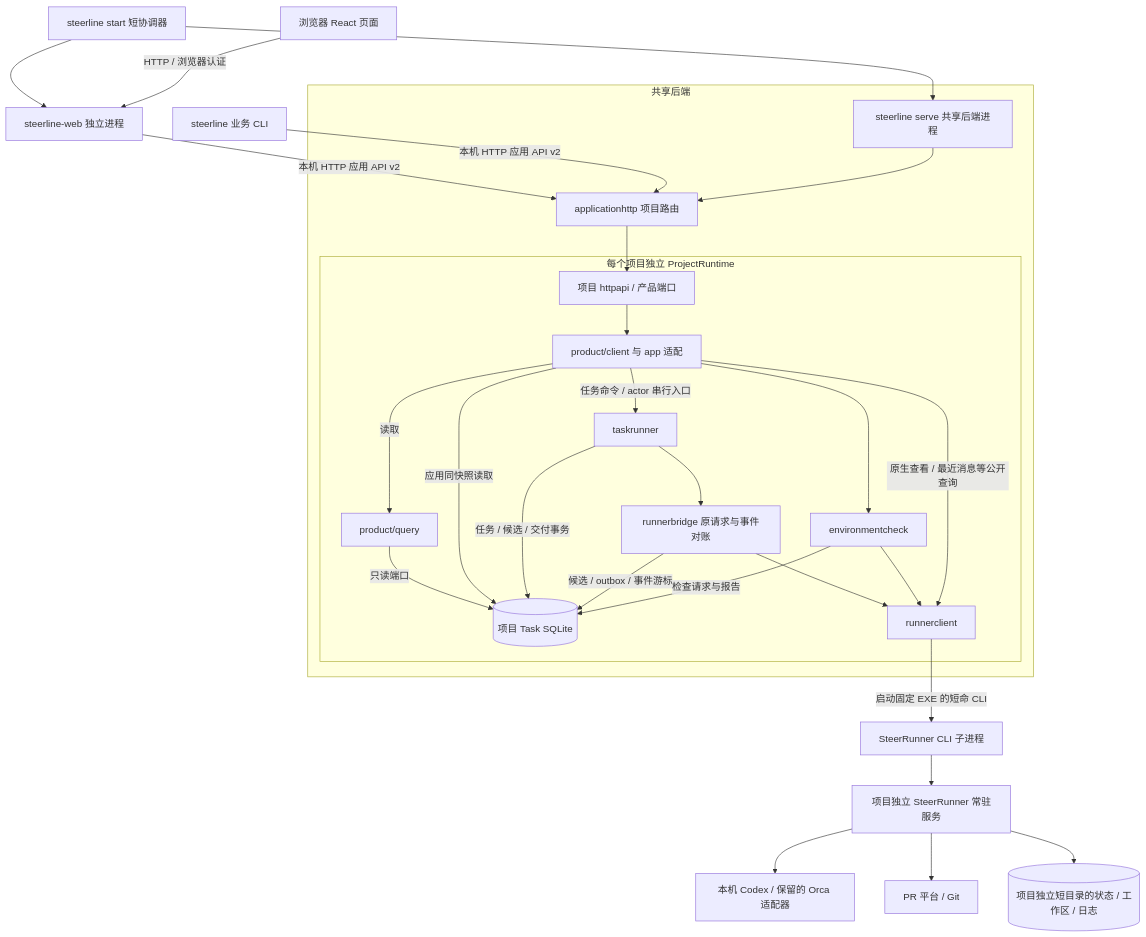
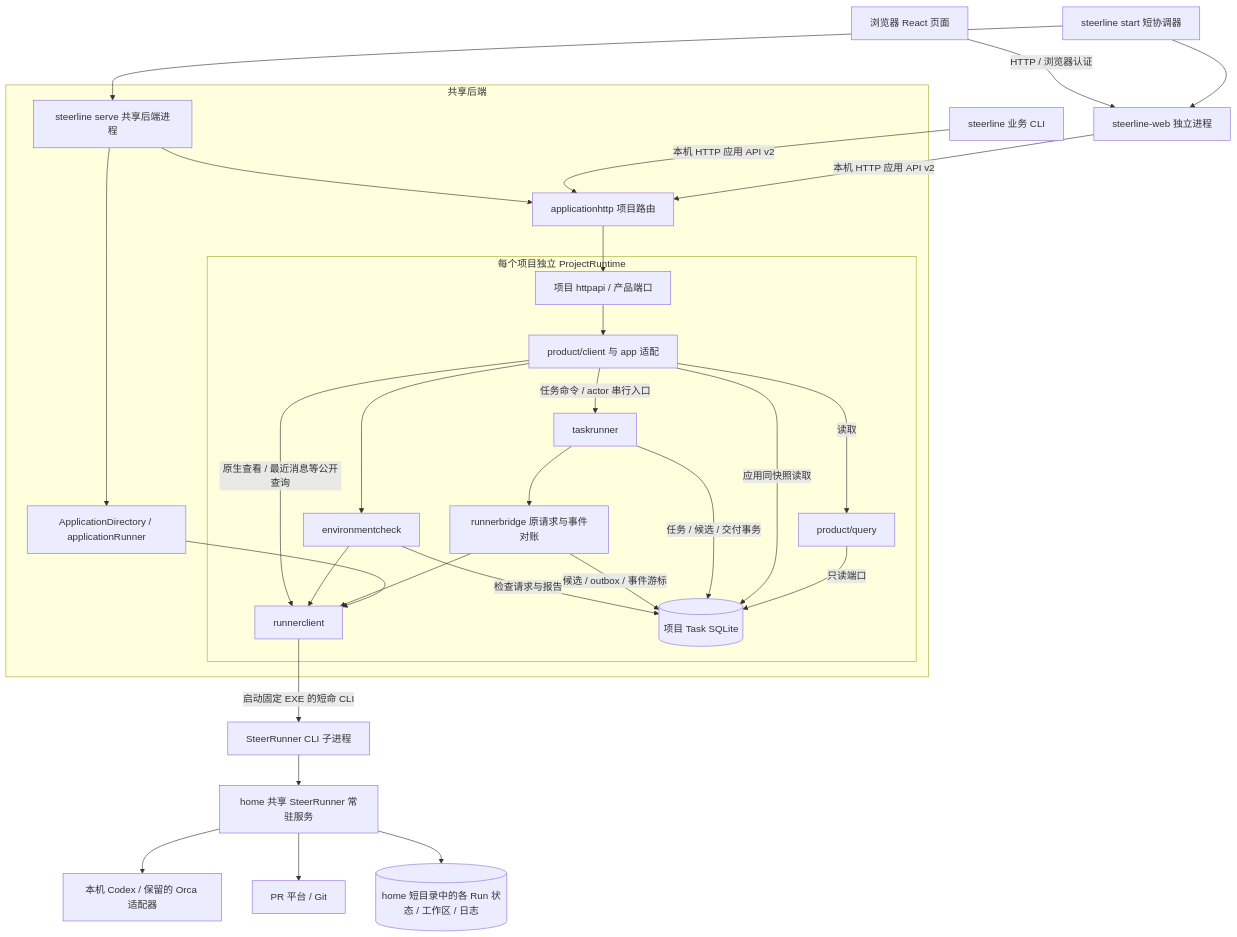
Before and after one commit to erranliu/SteerLine: the first of 3 diagrams in docs/architecture/current-code-architecture.md, drawn with Mermaid. The commit also changed other lines of this file and 76 other files, not shown here.

Commit message:
Share one SteerRunner service per application home

````diff
--- a/docs/architecture/current-code-architecture.md
+++ b/docs/architecture/current-code-architecture.md
@@ -11,32 +11,34 @@
 ```mermaid
 flowchart TB
     Start[steerline start 短协调器] --> Web[steerline-web 独立进程]
     Start --> Serve[steerline serve 共享后端进程]
     Browser[浏览器 React 页面] -->|HTTP / 浏览器认证| Web
     Web -->|本机 HTTP 应用 API v2| Router
     CLI[steerline 业务 CLI] -->|本机 HTTP 应用 API v2| Router
     subgraph Backend[共享后端]
+        Serve --> Owner[ApplicationDirectory / applicationRunner]
+        Owner --> RC
         Serve --> Router[applicationhttp 项目路由]
         Router --> Port[项目 httpapi / 产品端口]
         subgraph Project[每个项目独立 ProjectRuntime]
             Port --> Product[product/client 与 app 适配]
             Product -->|读取| Query[product/query]
             Query -->|只读端口| DB[(项目 Task SQLite)]
             Product -->|应用同快照读取| DB
             Product -->|任务命令 / actor 串行入口| Actor[taskrunner]
             Actor -->|任务 / 候选 / 交付事务| DB
             Actor --> Bridge[runnerbridge 原请求与事件对账]
             Bridge -->|候选 / outbox / 事件游标| DB
             Product --> Check[environmentcheck]
             Check -->|检查请求与报告| DB
             Bridge --> RC[runnerclient]
             Check --> RC
             Product -->|原生查看 / 最近消息等公开查询| RC
         end
     end
     RC -->|启动固定 EXE 的短命 CLI| RunnerCLI[SteerRunner CLI 子进程]
-    RunnerCLI --> Runner[项目独立 SteerRunner 常驻服务]
+    RunnerCLI --> Runner[home 共享 SteerRunner 常驻服务]
     Runner --> Native[本机 Codex / 保留的 Orca 适配器]
     Runner --> PR[PR 平台 / Git]
-    Runner --> RunnerState[(项目独立短目录的状态 / 工作区 / 日志)]
+    Runner --> RunnerState[(home 短目录中的各 Run 状态 / 工作区 / 日志)]
 ```
````
